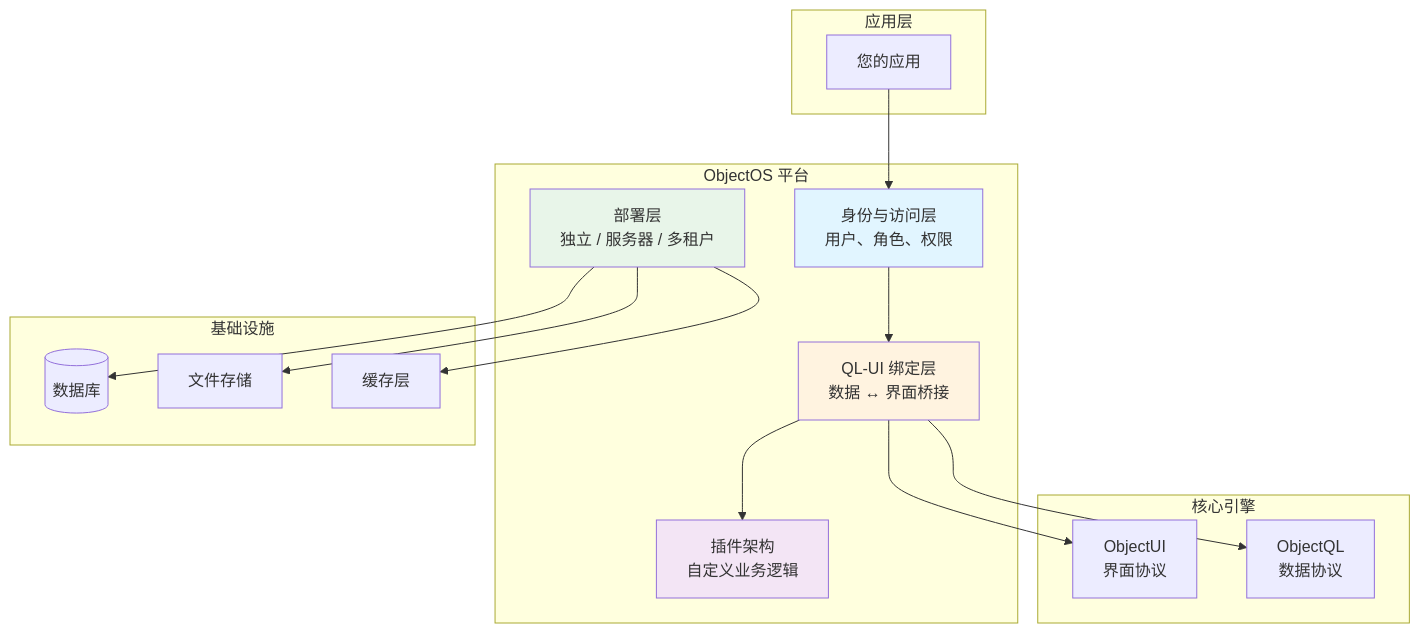
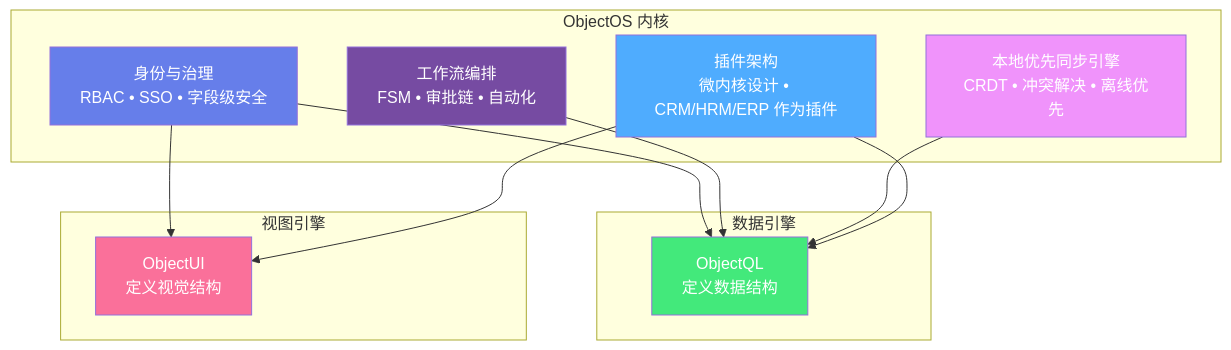
One commit to objectstack-ai/docs changed the first of 4 diagrams in content/docs/cn/objectos/index.mdx. Above: the diagram before and after it, drawn with Mermaid. The commit also changed other lines of this file, not shown here.

Commit message:
Add Chinese translation of refactored ObjectOS homepage

````diff
--- a/content/docs/cn/objectos/index.mdx
+++ b/content/docs/cn/objectos/index.mdx
@@ -30,38 +18,31 @@
 ```mermaid
 graph TB
-    subgraph "应用层"
-        App[您的应用]
+    subgraph "ObjectOS 内核"
+        Auth[身份与治理<br/>RBAC • SSO • 字段级安全]
+        Workflow[工作流编排<br/>FSM • 审批链 • 自动化]
+        Sync[本地优先同步引擎<br/>CRDT • 冲突解决 • 离线优先]
+        Plugin[插件架构<br/>微内核设计 • CRM/HRM/ERP 作为插件]
     end
     
-    subgraph "ObjectOS 平台"
-        Auth[身份与访问层<br/>用户、角色、权限]
-        Binding[QL-UI 绑定层<br/>数据 ↔ 界面桥接]
-        Plugin[插件架构<br/>自定义业务逻辑]
-        Deploy[部署层<br/>独立 / 服务器 / 多租户]
+    subgraph "数据引擎"
+        QL[ObjectQL<br/>定义数据结构]
     end
     
-    subgraph "核心引擎"
-        UI[ObjectUI<br/>界面协议]
-        QL[ObjectQL<br/>数据协议]
+    subgraph "视图引擎"
+        UI[ObjectUI<br/>定义视觉结构]
     end
     
-    subgraph "基础设施"
-        DB[(数据库)]
-        Storage[文件存储]
-        Cache[缓存层]
-    end
+    Auth --> QL
+    Auth --> UI
+    Workflow --> QL
+    Sync --> QL
+    Plugin --> QL
+    Plugin --> UI
     
-    App --> Auth
-    Auth --> Binding
-    Binding --> UI
-    Binding --> QL
-    Binding --> Plugin
-    Deploy --> DB
-    Deploy --> Storage
-    Deploy --> Cache
-    
-    style Auth fill:#e1f5ff
-    style Binding fill:#fff3e0
-    style Plugin fill:#f3e5f5
-    style Deploy fill:#e8f5e9
+    style Auth fill:#667eea,color:#fff
+    style Workflow fill:#764ba2,color:#fff
+    style Sync fill:#f093fb,color:#fff
+    style Plugin fill:#4facfe,color:#fff
+    style QL fill:#43e97b,color:#fff
+    style UI fill:#fa709a,color:#fff
 ```
````
